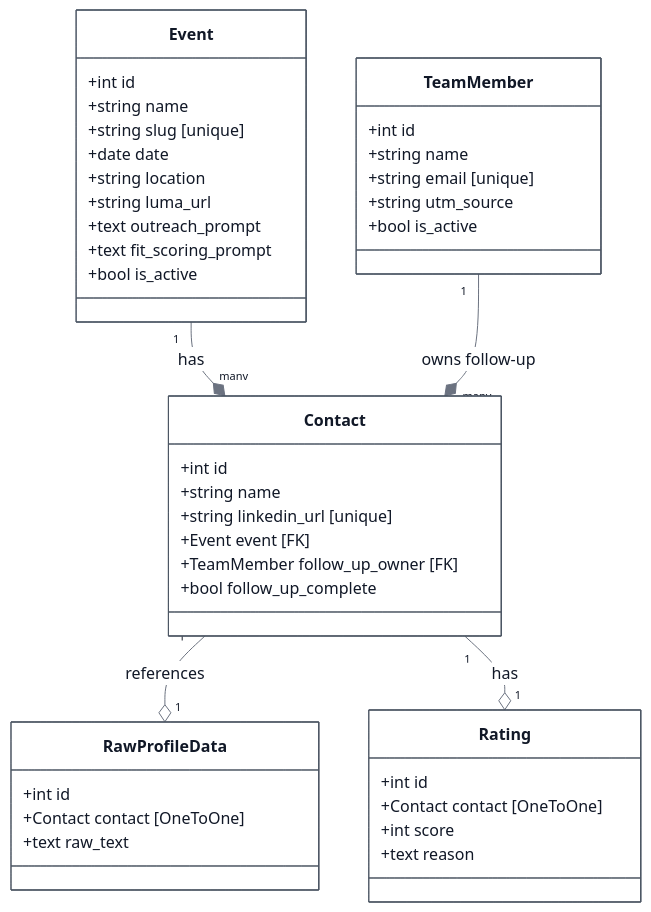
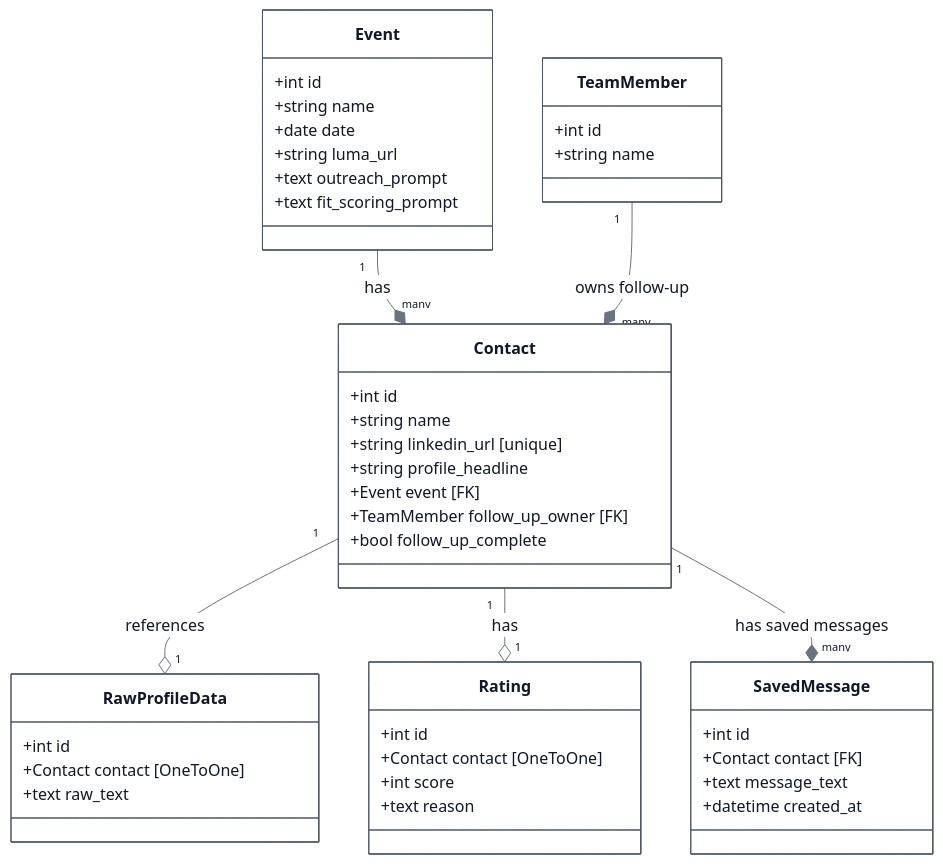
Before and after one commit to nik-loy/teg-crm: the first of 6 diagrams in ARCHITECTURE.md, drawn with Mermaid. The commit also changed other lines of this file and 24 other files, not shown here.

````diff
--- a/ARCHITECTURE.md
+++ b/ARCHITECTURE.md
@@ -65,61 +65,64 @@
 ```mermaid
 %%{init: {
   'theme': 'base',
   'themeVariables': {
     'primaryColor': '#ffffff',
     'primaryTextColor': '#111827',
     'primaryBorderColor': '#4b5563',
     'lineColor': '#6b7280',
     'secondaryColor': '#f9fafb',
     'tertiaryColor': '#f3f4f6',
     'textColor': '#111827'
   }
 }}%%
 classDiagram
     class Contact {
         +int id
         +string name
         +string linkedin_url [unique]
+        +string profile_headline
         +Event event [FK]
         +TeamMember follow_up_owner [FK]
         +bool follow_up_complete
     }
 
     class Event {
         +int id
         +string name
-        +string slug [unique]
         +date date
-        +string location
         +string luma_url
         +text outreach_prompt
         +text fit_scoring_prompt
-        +bool is_active
     }
 
     class TeamMember {
         +int id
         +string name
-        +string email [unique]
-        +string utm_source
-        +bool is_active
     }
 
     class RawProfileData {
         +int id
         +Contact contact [OneToOne]
         +text raw_text
     }
 
     class Rating {
         +int id
         +Contact contact [OneToOne]
         +int score
         +text reason
     }
 
+    class SavedMessage {
+        +int id
+        +Contact contact [FK]
+        +text message_text
+        +datetime created_at
+    }
+
     Event "1" --* "many" Contact : has
     TeamMember "1" --* "many" Contact : owns follow-up
     Contact "1" --o "1" RawProfileData : references
     Contact "1" --o "1" Rating : has
+    Contact "1" --* "many" SavedMessage : has saved messages
 ```
````
